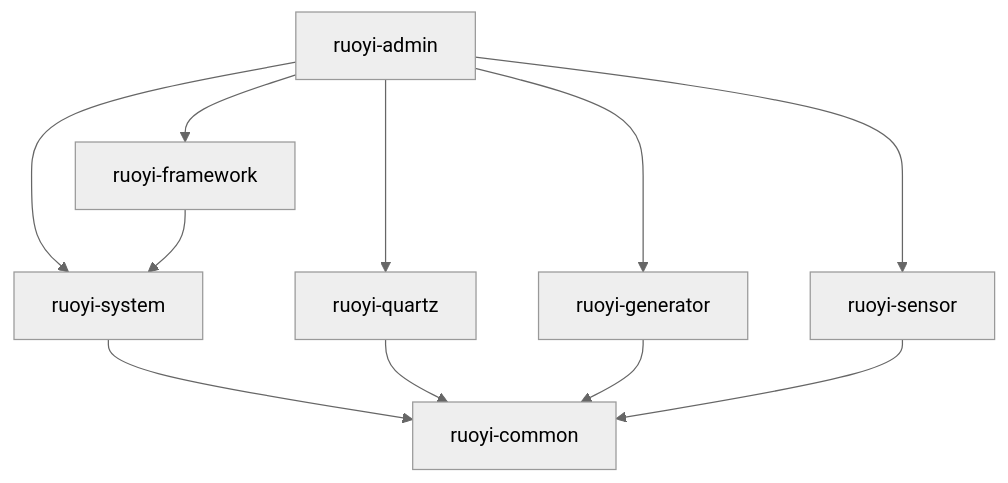
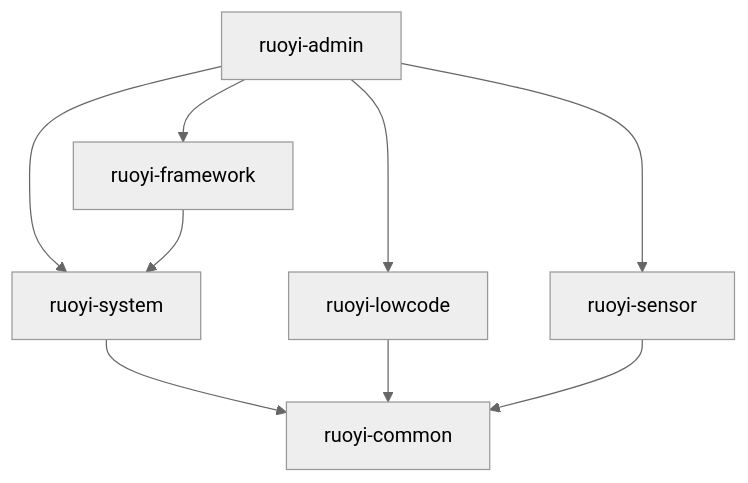
One commit to wangjiarui777/C-power_sheararm_platform changed the fourth of 4 diagrams in docs/AI_PROJECT_OVERVIEW.md. Above: the diagram before and after it, drawn with Mermaid (neutral theme). The commit also changed other lines of this file and 270 other files, not shown here.

````diff
--- a/docs/AI_PROJECT_OVERVIEW.md
+++ b/docs/AI_PROJECT_OVERVIEW.md
@@ -388,13 +386,11 @@
 ```mermaid
 graph TD
     A["ruoyi-admin"] --> F["ruoyi-framework"]
     A --> S["ruoyi-system"]
-    A --> Q["ruoyi-quartz"]
-    A --> G["ruoyi-generator"]
+    A --> G["ruoyi-lowcode"]
     A --> X["ruoyi-sensor"]
     F --> S
     S --> C["ruoyi-common"]
-    Q --> C
     G --> C
     X --> C
 ```
````
